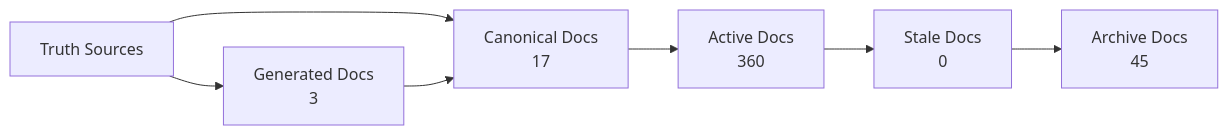
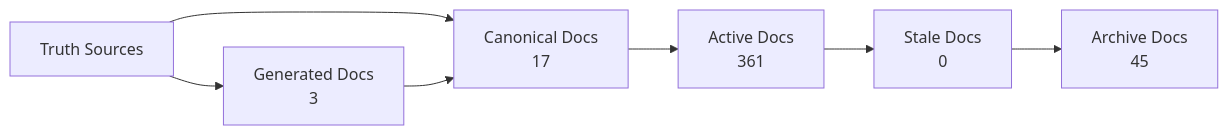
The diagram in docs/_generated/docs-trust-map.md (Latimer-Woods-Tech/Factory), drawn with Mermaid before and after one commit. The commit also changed 4 other files, not shown here.

````diff
--- a/docs/_generated/docs-trust-map.md
+++ b/docs/_generated/docs-trust-map.md
@@ -20,14 +20,14 @@
 ```mermaid
 flowchart LR
   truth["Truth Sources"] --> canonical["Canonical Docs"]
   canonical --> active["Active Docs"]
   active --> stale["Stale Docs"]
   stale --> archive["Archive Docs"]
   canonical["Canonical Docs\n17"]
-  active["Active Docs\n360"]
+  active["Active Docs\n361"]
   stale["Stale Docs\n0"]
   archive["Archive Docs\n45"]
   generated["Generated Docs\n3"]
   truth --> generated
   generated --> canonical
 ```
````
